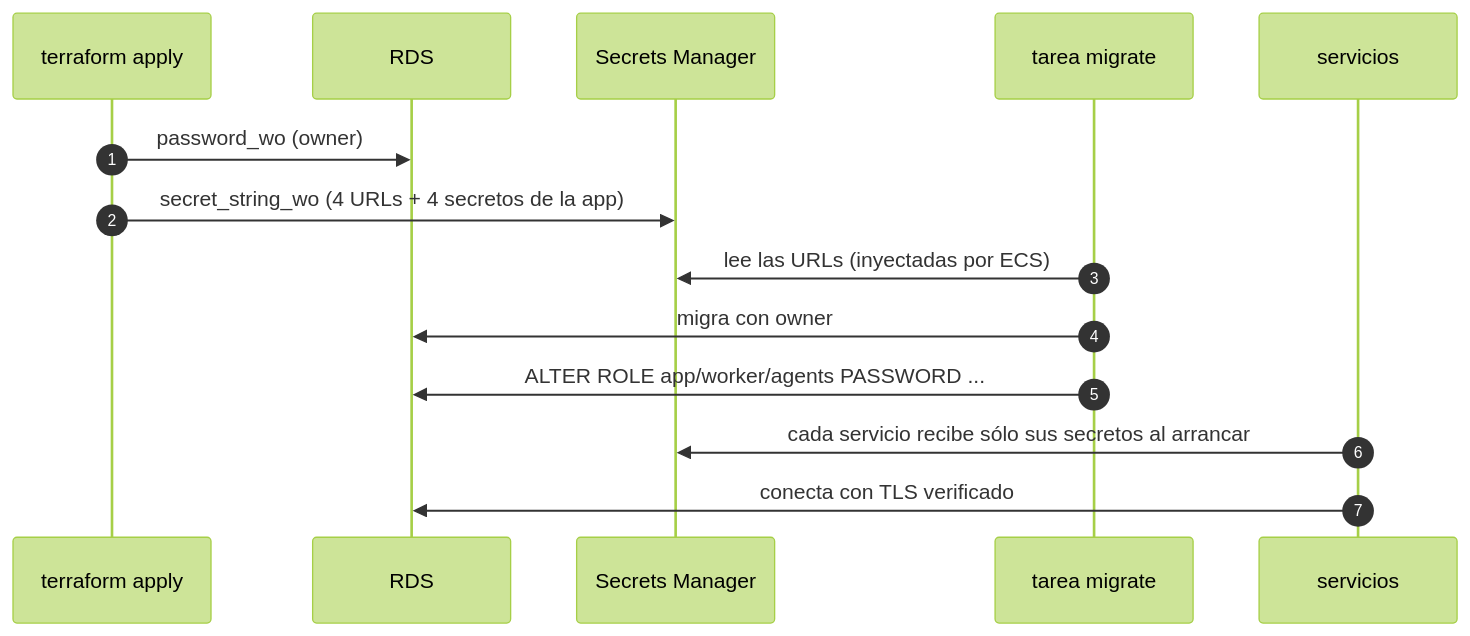
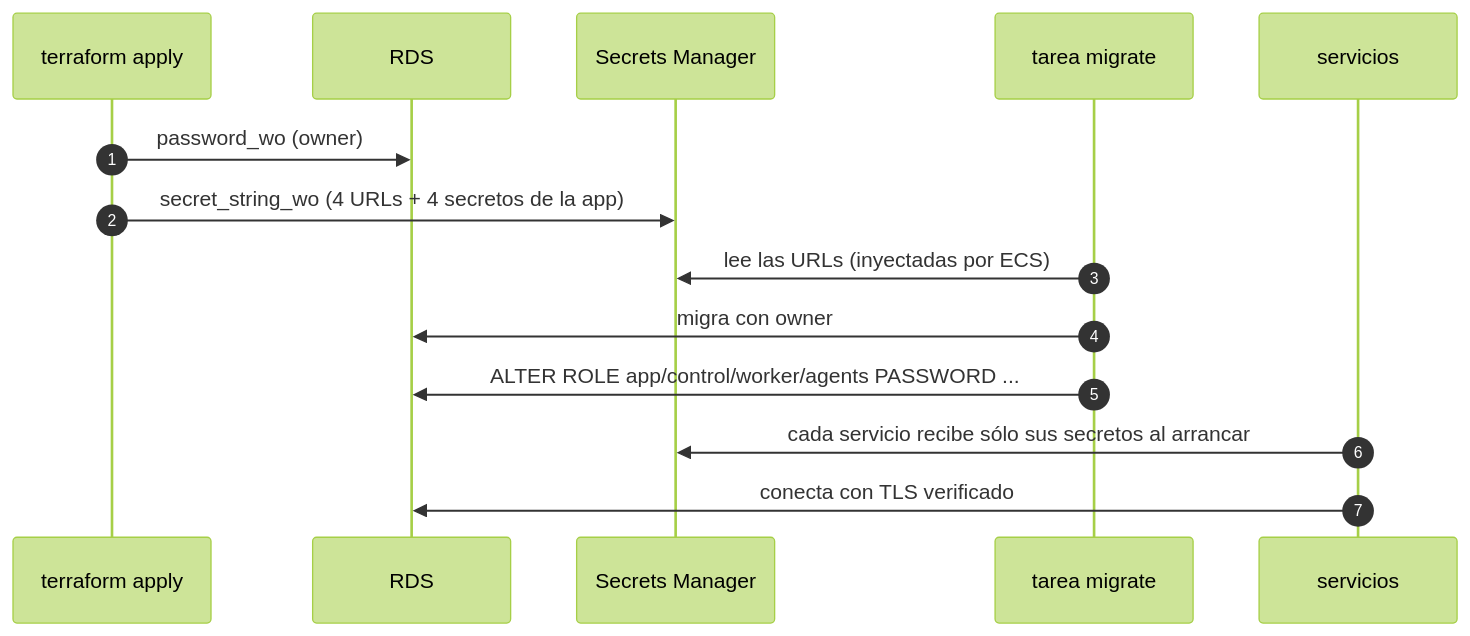
The second of 2 diagrams in docs/architecture/infraestructura-aws.md (nebu-fhnatiuk/nutreitor), drawn with Mermaid (forest theme) before and after one commit. The commit also changed other lines of this file and 29 other files, not shown here.

````diff
--- a/docs/architecture/infraestructura-aws.md
+++ b/docs/architecture/infraestructura-aws.md
@@ -260,16 +265,16 @@
 ```mermaid
 sequenceDiagram
   autonumber
   participant TF as terraform apply
   participant RDS as RDS
   participant SM as Secrets Manager
   participant M as tarea migrate
   participant S as servicios
   TF->>RDS: password_wo (owner)
   TF->>SM: secret_string_wo (4 URLs + 4 secretos de la app)
   M->>SM: lee las URLs (inyectadas por ECS)
   M->>RDS: migra con owner
-  M->>RDS: ALTER ROLE app/worker/agents PASSWORD ...
+  M->>RDS: ALTER ROLE app/control/worker/agents PASSWORD ...
   S->>SM: cada servicio recibe sólo sus secretos al arrancar
   S->>RDS: conecta con TLS verificado
 ```
````
